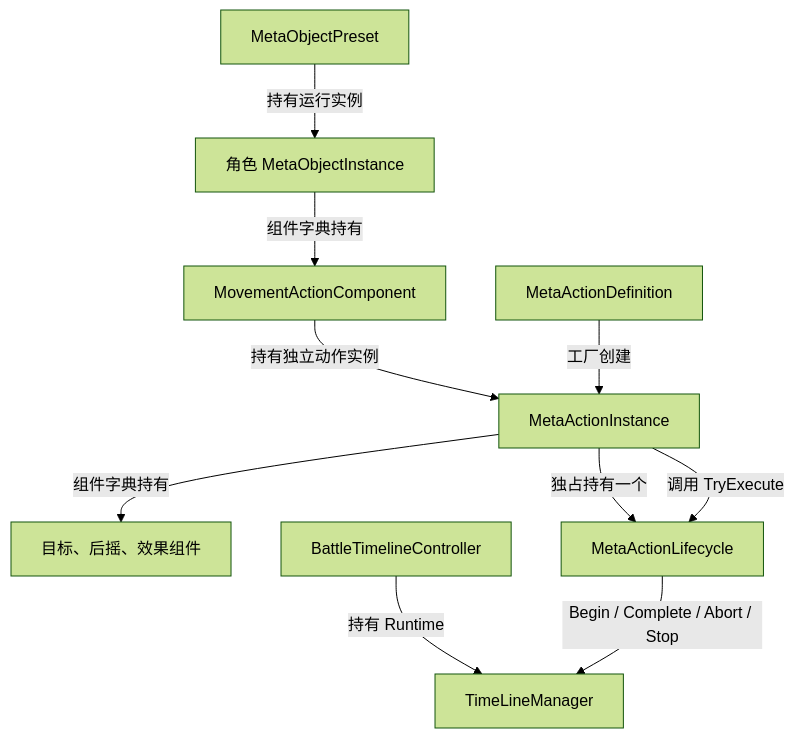
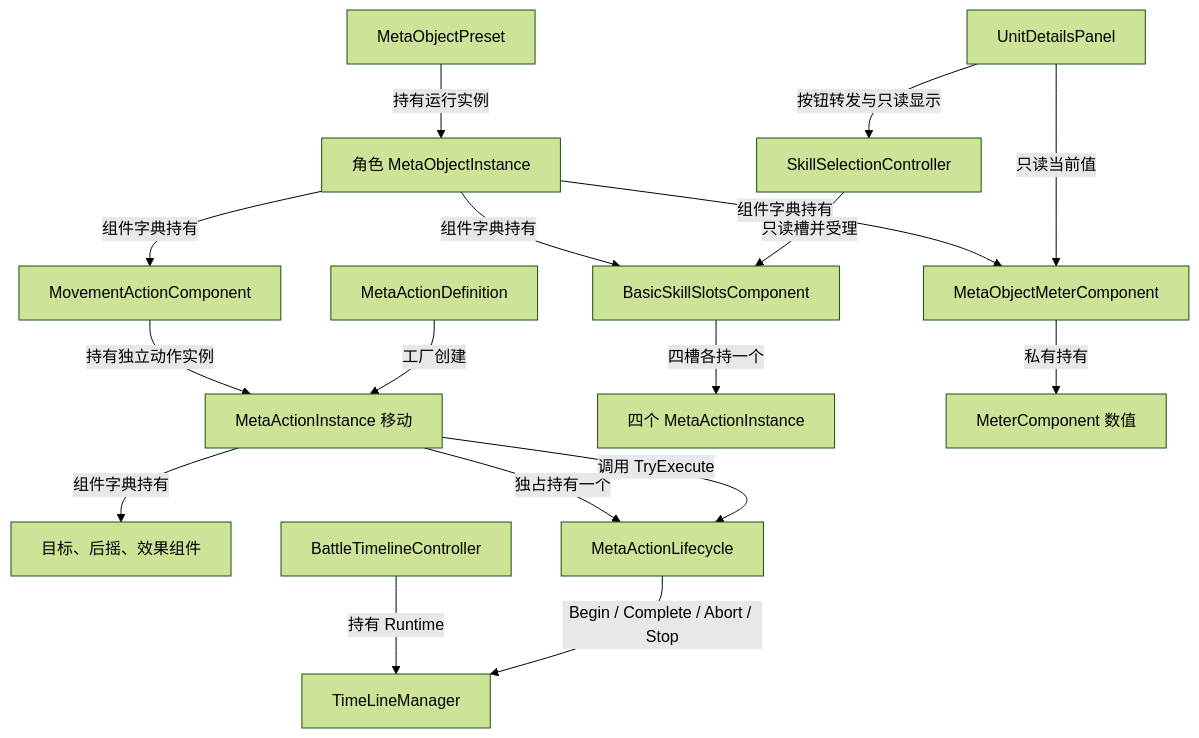
Before and after one commit to ObALive/this: the second of 2 diagrams in 代码说明文档/00_程序集与类型关系总览代码设计案.md, drawn with Mermaid (forest theme). The commit also changed other lines of this file and 31 other files, not shown here.

````diff
--- a/代码说明文档/00_程序集与类型关系总览代码设计案.md
+++ b/代码说明文档/00_程序集与类型关系总览代码设计案.md
@@ -45,12 +50,19 @@
 ```mermaid
 flowchart TD
   Preset[MetaObjectPreset] -->|持有运行实例| Object[角色 MetaObjectInstance]
   Object -->|组件字典持有| Holder[MovementActionComponent]
-  Holder -->|持有独立动作实例| Action[MetaActionInstance]
-  Definition[MetaActionDefinition] -->|工厂创建| Action
-  Action -->|组件字典持有| Effect[目标、后摇、效果组件]
-  Action -->|独占持有一个| Lifecycle[MetaActionLifecycle]
+  Object -->|组件字典持有| Slots[BasicSkillSlotsComponent]
+  Object -->|组件字典持有| Meter[MetaObjectMeterComponent]
+  Holder -->|持有独立动作实例| Move[MetaActionInstance 移动]
+  Slots -->|四槽各持一个| SlotActions[四个 MetaActionInstance]
+  Meter -->|私有持有| Raw[MeterComponent 数值]
+  Definition[MetaActionDefinition] -->|工厂创建| Move
+  Move -->|组件字典持有| Effect[目标、后摇、效果组件]
+  Move -->|独占持有一个| Lifecycle[MetaActionLifecycle]
   Controller[BattleTimelineController] -->|持有 Runtime| Timeline[TimeLineManager]
-  Action -->|调用 TryExecute| Lifecycle
+  Adapter[SkillSelectionController] -->|只读槽并受理| Slots
+  Panel[UnitDetailsPanel] -->|按钮转发与只读显示| Adapter
+  Panel -->|只读当前值| Meter
+  Move -->|调用 TryExecute| Lifecycle
   Lifecycle -->|Begin / Complete / Abort / Stop| Timeline
 ```
````
